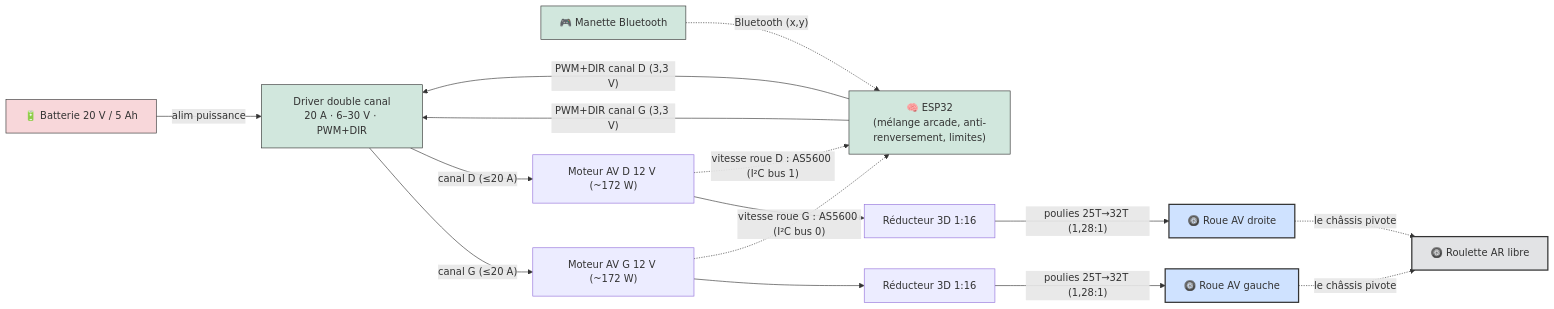
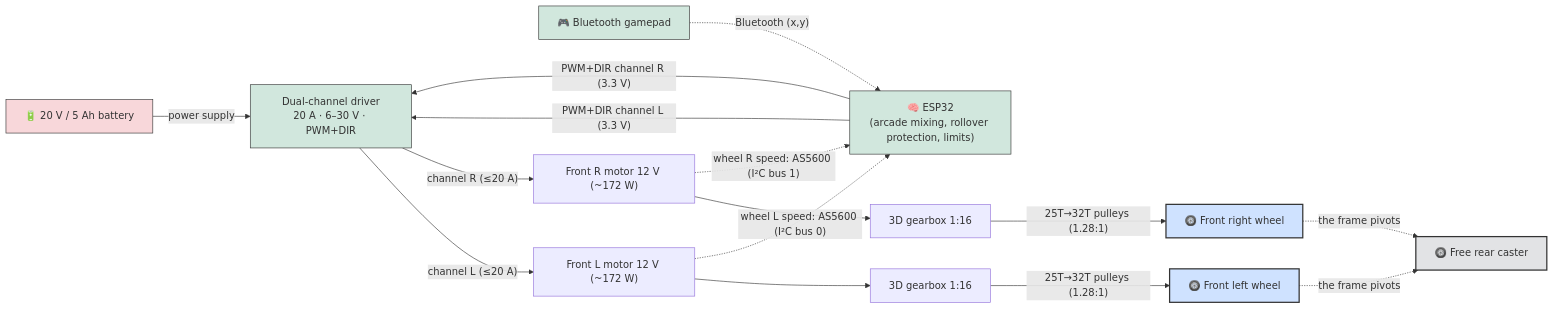
Before and after one commit to pinkymaxou/powered-soapbox-car: the fifth of 10 diagrams in README.md, drawn with Mermaid. The commit also changed other lines of this file and 49 other files, not shown here.

````diff
--- a/README.md
+++ b/README.md
@@ -322,34 +322,34 @@
 ```mermaid
 flowchart LR
-    BATT["🔋 Batterie 20 V / 5 Ah"]
-    PAD["🎮 Manette Bluetooth"]
-    ESP["🧠 ESP32<br/>(mélange arcade, anti-renversement, limites)"]
-    DRV["Driver double canal<br/>20 A · 6–30 V · PWM+DIR"]
-    M1["Moteur AV G 12 V (~172 W)"]
-    M2["Moteur AV D 12 V (~172 W)"]
-    G1["Réducteur 3D 1:16"]
-    G2["Réducteur 3D 1:16"]
-    R1["🛞 Roue AV gauche"]
-    R2["🛞 Roue AV droite"]
-    CAS["🛞 Roulette AR libre"]
+    BATT["🔋 20 V / 5 Ah battery"]
+    PAD["🎮 Bluetooth gamepad"]
+    ESP["🧠 ESP32<br/>(arcade mixing, rollover protection, limits)"]
+    DRV["Dual-channel driver<br/>20 A · 6–30 V · PWM+DIR"]
+    M1["Front L motor 12 V (~172 W)"]
+    M2["Front R motor 12 V (~172 W)"]
+    G1["3D gearbox 1:16"]
+    G2["3D gearbox 1:16"]
+    R1["🛞 Front left wheel"]
+    R2["🛞 Front right wheel"]
+    CAS["🛞 Free rear caster"]
 
-    BATT -- "alim puissance" --> DRV
+    BATT -- "power supply" --> DRV
     PAD -. "Bluetooth (x,y)" .-> ESP
-    ESP -- "PWM+DIR canal G (3,3 V)" --> DRV
-    ESP -- "PWM+DIR canal D (3,3 V)" --> DRV
-    DRV -- "canal G (≤20 A)" --> M1 --> G1 -- "poulies 25T→32T (1,28:1)" --> R1
-    DRV -- "canal D (≤20 A)" --> M2 --> G2 -- "poulies 25T→32T (1,28:1)" --> R2
-    M1 -. "vitesse roue G : AS5600 (I²C bus 0)" .-> ESP
-    M2 -. "vitesse roue D : AS5600 (I²C bus 1)" .-> ESP
-    R1 -. "le châssis pivote" .-> CAS
-    R2 -. "le châssis pivote" .-> CAS
+    ESP -- "PWM+DIR channel L (3.3 V)" --> DRV
+    ESP -- "PWM+DIR channel R (3.3 V)" --> DRV
+    DRV -- "channel L (≤20 A)" --> M1 --> G1 -- "25T→32T pulleys (1.28:1)" --> R1
+    DRV -- "channel R (≤20 A)" --> M2 --> G2 -- "25T→32T pulleys (1.28:1)" --> R2
+    M1 -. "wheel L speed: AS5600 (I²C bus 0)" .-> ESP
+    M2 -. "wheel R speed: AS5600 (I²C bus 1)" .-> ESP
+    R1 -. "the frame pivots" .-> CAS
+    R2 -. "the frame pivots" .-> CAS
 
     classDef pwr fill:#f8d7da,stroke:#333;
     classDef ctrl fill:#d1e7dd,stroke:#333;
     classDef wheel fill:#cfe2ff,stroke:#333,stroke-width:2px;
     classDef caster fill:#e2e3e5,stroke:#333,stroke-width:2px;
     class BATT pwr;
     class ESP,DRV,PAD ctrl;
     class R1,R2 wheel;
     class CAS caster;
 ```
````
